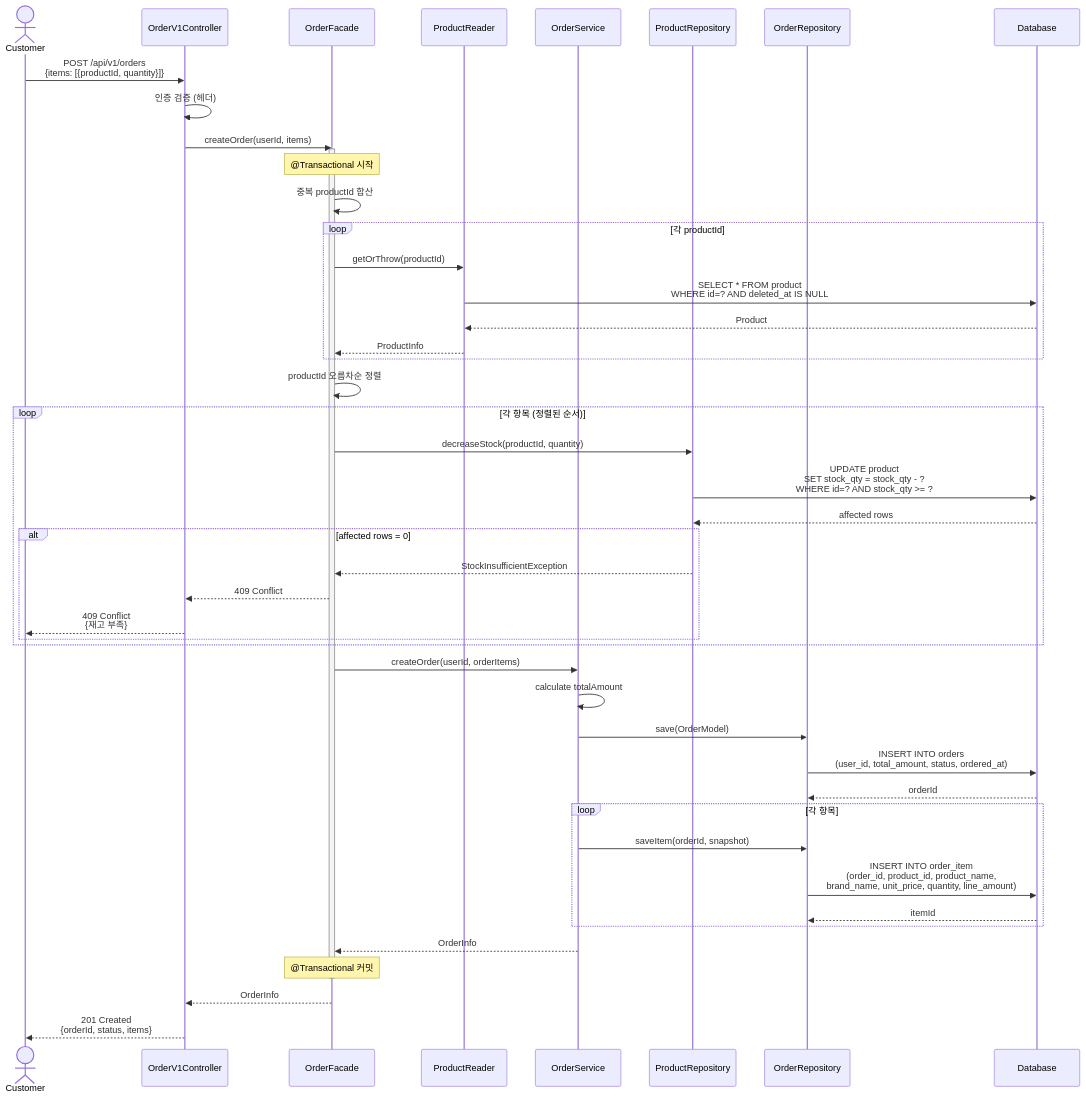
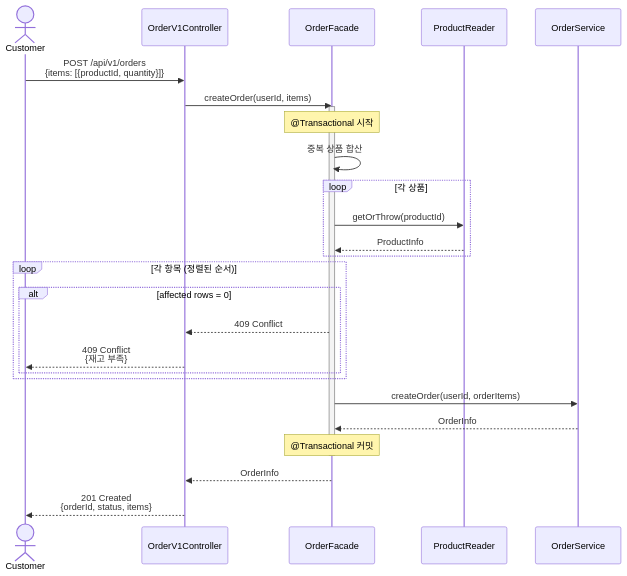
Before and after one commit to YoHanKi/loop-pack-be-l2-vol3-java: the first of 5 diagrams in docs/design/02-sequence-diagrams.md, drawn with Mermaid. The commit also changed other lines of this file, not shown here.

Commit message:
docs(sequence-diagrams): 시퀀스 다이어그램을 명확하게 변경, 불필요한 플로우 삭제.

````diff
--- a/docs/design/02-sequence-diagrams.md
+++ b/docs/design/02-sequence-diagrams.md
@@ -26,65 +26,41 @@
 ```mermaid
 sequenceDiagram
     actor Customer
     participant Controller as OrderV1Controller
     participant Facade as OrderFacade
     participant ProductReader as ProductReader
     participant OrderService as OrderService
-    participant ProductRepo as ProductRepository
-    participant OrderRepo as OrderRepository
-    participant DB as Database
 
     Customer->>Controller: POST /api/v1/orders<br/>{items: [{productId, quantity}]}
-    Controller->>Controller: 인증 검증 (헤더)
     Controller->>Facade: createOrder(userId, items)
 
     activate Facade
     Note over Facade: @Transactional 시작
 
     %% 입력 검증
-    Facade->>Facade: 중복 productId 합산
+    Facade->>Facade: 중복 상품 합산
 
     %% 상품 존재 확인
-    loop 각 productId
+    loop 각 상품
         Facade->>ProductReader: getOrThrow(productId)
-        ProductReader->>DB: SELECT * FROM product<br/>WHERE id=? AND deleted_at IS NULL
-        DB-->>ProductReader: Product
         ProductReader-->>Facade: ProductInfo
     end
 
-    %% 재고 차감 (정렬 후)
-    Facade->>Facade: productId 오름차순 정렬
-
     loop 각 항목 (정렬된 순서)
-        Facade->>ProductRepo: decreaseStock(productId, quantity)
-        ProductRepo->>DB: UPDATE product<br/>SET stock_qty = stock_qty - ?<br/>WHERE id=? AND stock_qty >= ?
-        DB-->>ProductRepo: affected rows
         alt affected rows = 0
-            ProductRepo-->>Facade: StockInsufficientException
             Facade-->>Controller: 409 Conflict
             Controller-->>Customer: 409 Conflict<br/>{재고 부족}
         end
     end
 
     %% 주문 저장
     Facade->>OrderService: createOrder(userId, orderItems)
-    OrderService->>OrderService: calculate totalAmount
-    OrderService->>OrderRepo: save(OrderModel)
-    OrderRepo->>DB: INSERT INTO orders<br/>(user_id, total_amount, status, ordered_at)
-    DB-->>OrderRepo: orderId
-
-    %% 주문 항목 스냅샷 저장
-    loop 각 항목
-        OrderService->>OrderRepo: saveItem(orderId, snapshot)
-        OrderRepo->>DB: INSERT INTO order_item<br/>(order_id, product_id, product_name,<br/>brand_name, unit_price, quantity, line_amount)
-        DB-->>OrderRepo: itemId
-    end
 
     OrderService-->>Facade: OrderInfo
 
     Note over Facade: @Transactional 커밋
     deactivate Facade
 
     Facade-->>Controller: OrderInfo
     Controller-->>Customer: 201 Created<br/>{orderId, status, items}
 ```
````
